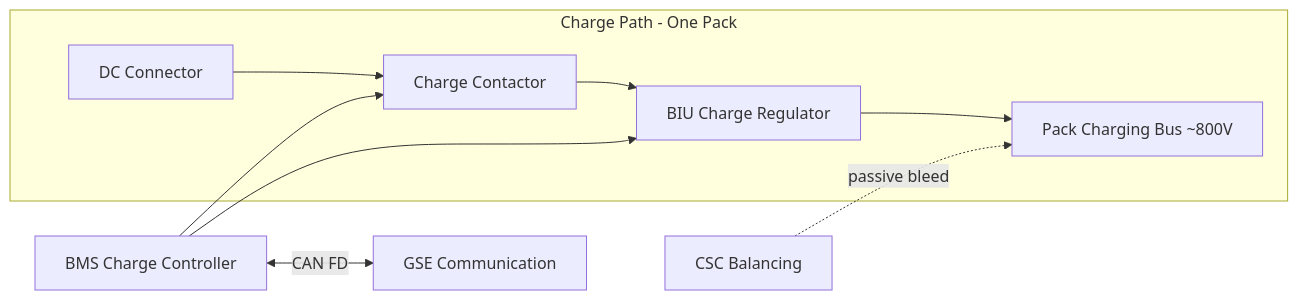
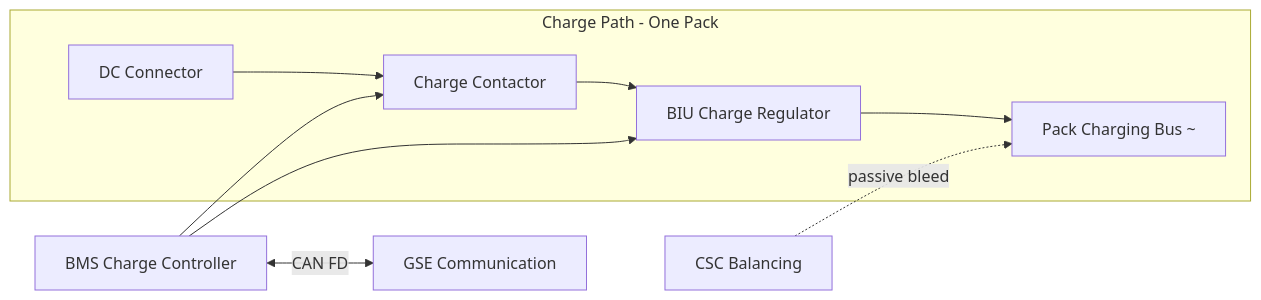
The second of 2 diagrams in Q+ATLANTIDE/000-099_ATLAS/070-079_Propulsion-Eco-Tech-e-Hibrido-Electrica/072_Battery-Energy-Storage/072-080-Battery-Charging-and-Ground-Support.md (AmedeoPelliccia/Qplus-For-All-Queer-People-and-Quantum), drawn with Mermaid before and after one commit. The commit also changed other lines of this file and 676 other files, not shown here.

````diff
--- a/Q+ATLANTIDE/000-099_ATLAS/070-079_Propulsion-Eco-Tech-e-Hibrido-Electrica/072_Battery-Energy-Storage/072-080-Battery-Charging-and-Ground-Support.md
+++ b/Q+ATLANTIDE/000-099_ATLAS/070-079_Propulsion-Eco-Tech-e-Hibrido-Electrica/072_Battery-Energy-Storage/072-080-Battery-Charging-and-Ground-Support.md
@@ -79,12 +89,12 @@
 ```mermaid
 graph LR
     subgraph CHARGE_PATH[Charge Path - One Pack]
         DC_CON[DC Connector] --> CHG_CONT[Charge Contactor]
         CHG_CONT --> BIU_CHG[BIU Charge Regulator]
-        BIU_CHG --> PACK_CHG[Pack Charging Bus ~800V]
+        BIU_CHG --> PACK_CHG[Pack Charging Bus ~<NOMINAL-VOLTAGE>]
     end
     BMS_CC[BMS Charge Controller] --> CHG_CONT
     BMS_CC --> BIU_CHG
     CSC_B[CSC Balancing] -.->|passive bleed| PACK_CHG
     BMS_CC <-->|CAN FD| GSE_COMM[GSE Communication]
 ```
````
